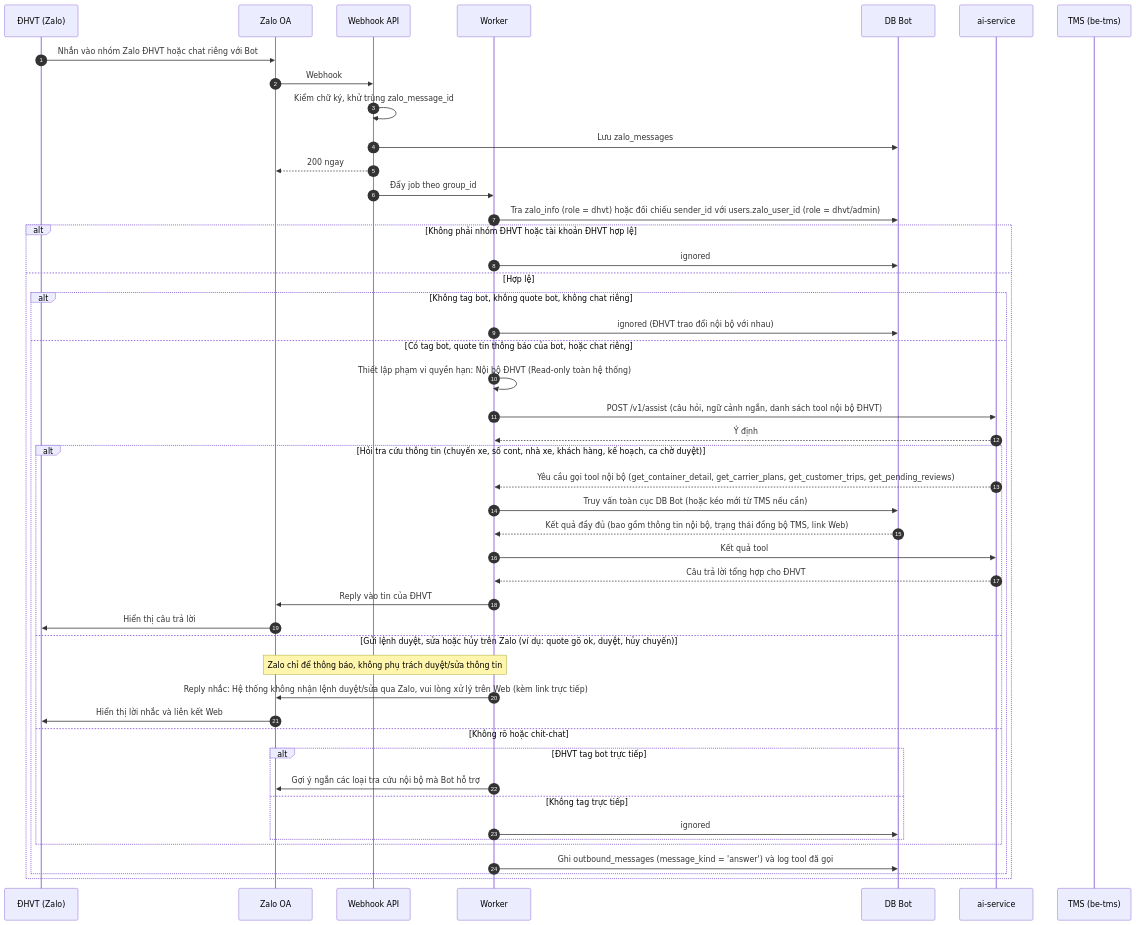
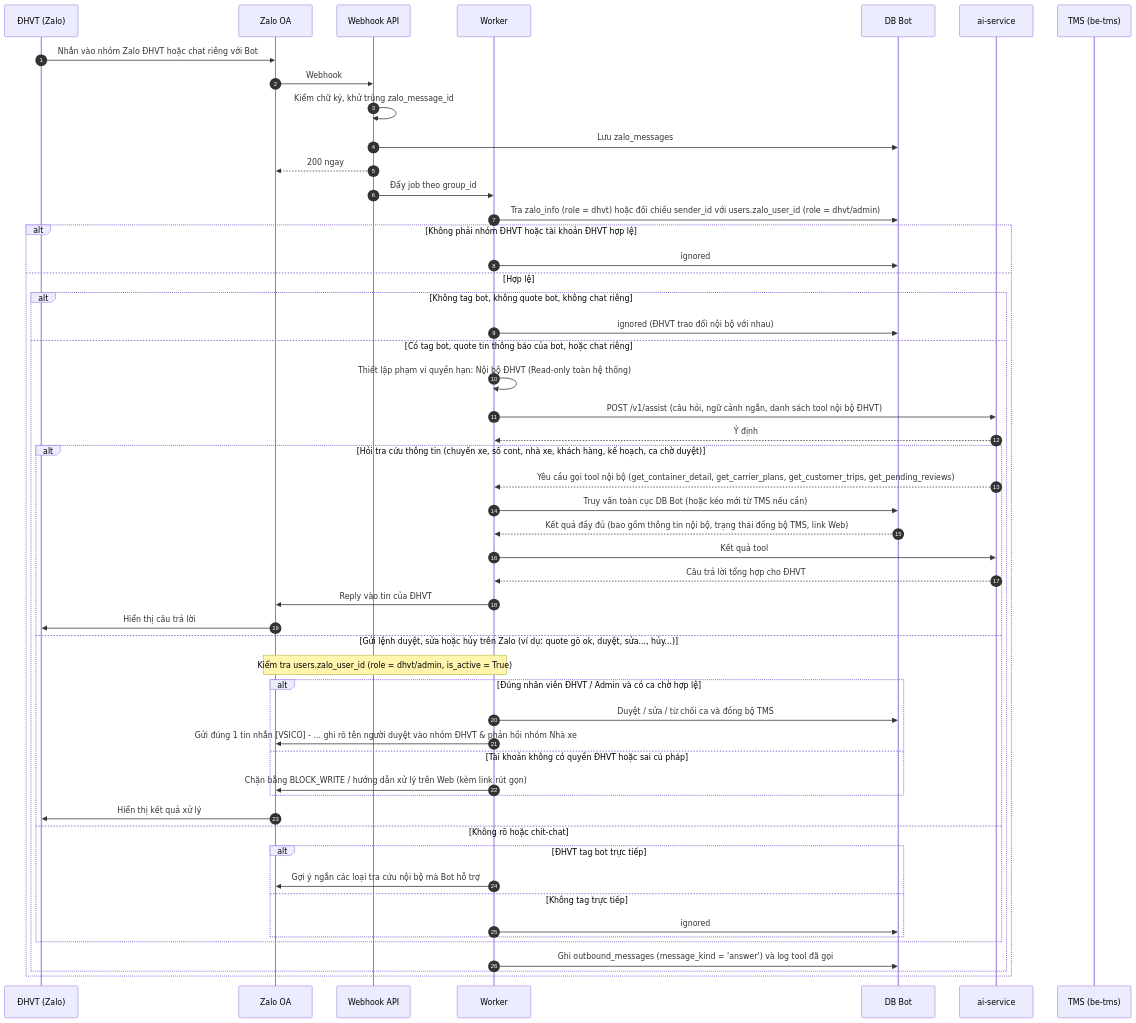
Before and after one commit to vutiendat2302/vsico_zalo_bot: diagram 18 of 19 in backend/zalo.md, drawn with Mermaid. The commit also changed other lines of this file and 104 other files, not shown here.

````diff
--- a/backend/zalo.md
+++ b/backend/zalo.md
@@ -998,53 +998,58 @@
 ```mermaid
 sequenceDiagram
     autonumber
     participant DHZ as ĐHVT (Zalo)
     participant OA as Zalo OA
     participant WH as Webhook API
     participant W as Worker
     participant DB as DB Bot
     participant AI as ai-service
     participant TMS as TMS (be-tms)
 
     DHZ->>OA: Nhắn vào nhóm Zalo ĐHVT hoặc chat riêng với Bot
     OA->>WH: Webhook
     WH->>WH: Kiểm chữ ký, khử trùng zalo_message_id
     WH->>DB: Lưu zalo_messages
     WH-->>OA: 200 ngay
     WH->>W: Đẩy job theo group_id
 
     W->>DB: Tra zalo_info (role = dhvt) hoặc đối chiếu sender_id với users.zalo_user_id (role = dhvt/admin)
     alt Không phải nhóm ĐHVT hoặc tài khoản ĐHVT hợp lệ
         W->>DB: ignored
     else Hợp lệ
         alt Không tag bot, không quote bot, không chat riêng
             W->>DB: ignored (ĐHVT trao đổi nội bộ với nhau)
         else Có tag bot, quote tin thông báo của bot, hoặc chat riêng
             W->>W: Thiết lập phạm vi quyền hạn: Nội bộ ĐHVT (Read-only toàn hệ thống)
             W->>AI: POST /v1/assist (câu hỏi, ngữ cảnh ngắn, danh sách tool nội bộ ĐHVT)
             AI-->>W: Ý định
 
             alt Hỏi tra cứu thông tin (chuyến xe, số cont, nhà xe, khách hàng, kế hoạch, ca chờ duyệt)
                 AI-->>W: Yêu cầu gọi tool nội bộ (get_container_detail, get_carrier_plans, get_customer_trips, get_pending_reviews)
                 W->>DB: Truy vấn toàn cục DB Bot (hoặc kéo mới từ TMS nếu cần)
                 DB-->>W: Kết quả đầy đủ (bao gồm thông tin nội bộ, trạng thái đồng bộ TMS, link Web)
                 W->>AI: Kết quả tool
                 AI-->>W: Câu trả lời tổng hợp cho ĐHVT
                 W->>OA: Reply vào tin của ĐHVT
                 OA->>DHZ: Hiển thị câu trả lời
-            else Gửi lệnh duyệt, sửa hoặc hủy trên Zalo (ví dụ: quote gõ ok, duyệt, hủy chuyến)
-                Note over W,OA: Zalo chỉ để thông báo, không phụ trách duyệt/sửa thông tin
-                W->>OA: Reply nhắc: Hệ thống không nhận lệnh duyệt/sửa qua Zalo, vui lòng xử lý trên Web (kèm link trực tiếp)
-                OA->>DHZ: Hiển thị lời nhắc và liên kết Web
+            else Gửi lệnh duyệt, sửa hoặc hủy trên Zalo (ví dụ: quote gõ ok, duyệt, sửa..., hủy...)
+                Note over W,OA: Kiểm tra users.zalo_user_id (role = dhvt/admin, is_active = True)
+                alt Đúng nhân viên ĐHVT / Admin và có ca chờ hợp lệ
+                    W->>DB: Duyệt / sửa / từ chối ca và đồng bộ TMS
+                    W->>OA: Gửi đúng 1 tin nhắn [VSICO] - ... ghi rõ tên người duyệt vào nhóm ĐHVT & phản hồi nhóm Nhà xe
+                else Tài khoản không có quyền ĐHVT hoặc sai cú pháp
+                    W->>OA: Chặn bằng BLOCK_WRITE / hướng dẫn xử lý trên Web (kèm link rút gọn)
+                end
+                OA->>DHZ: Hiển thị kết quả xử lý
             else Không rõ hoặc chit-chat
                 alt ĐHVT tag bot trực tiếp
                     W->>OA: Gợi ý ngắn các loại tra cứu nội bộ mà Bot hỗ trợ
                 else Không tag trực tiếp
                     W->>DB: ignored
                 end
             end
 
             W->>DB: Ghi outbound_messages (message_kind = 'answer') và log tool đã gọi
         end
     end
 ```
````
